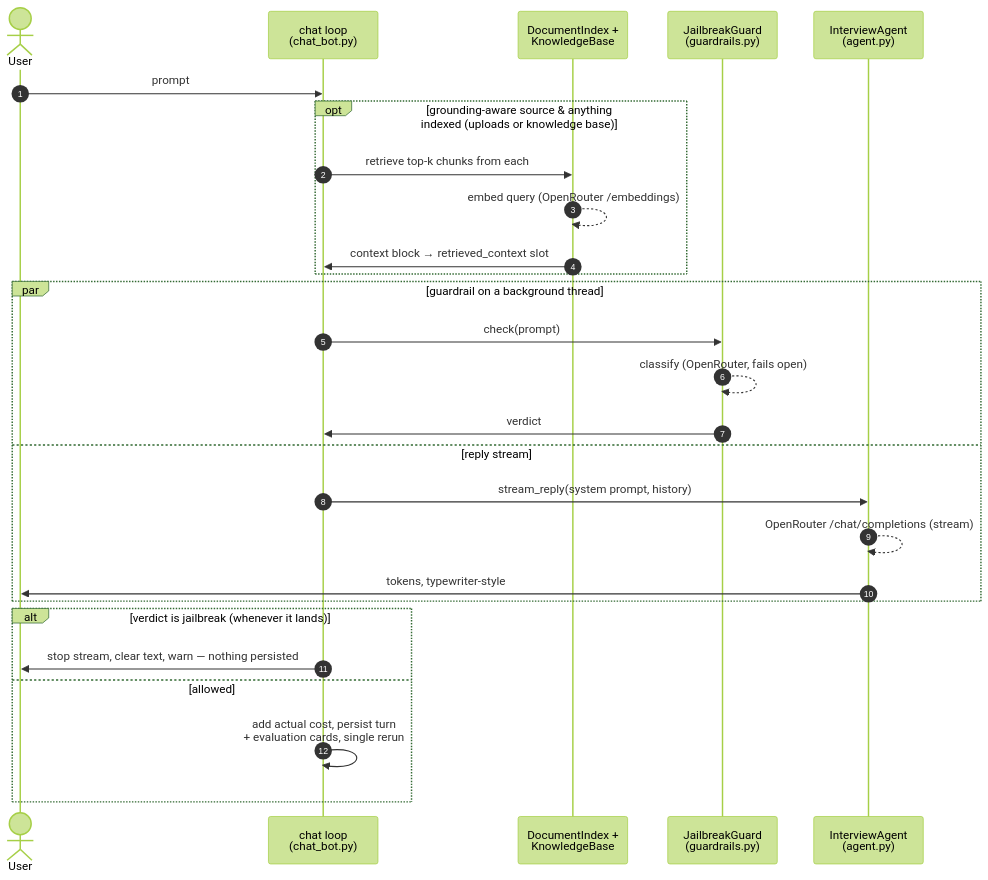
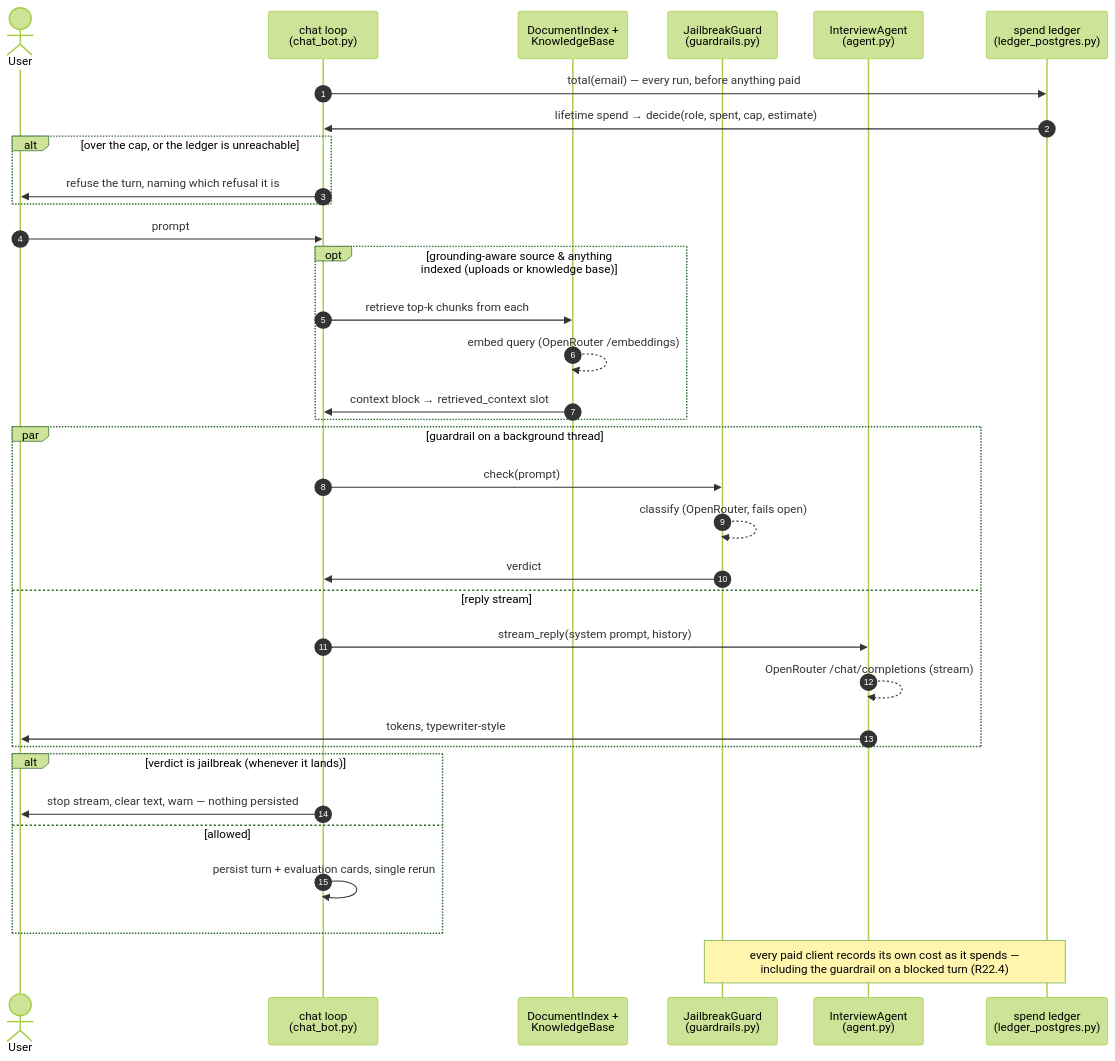
The first of 7 diagrams in docs/diagrams/architecture.md (DukeOfErl/interv_preper), drawn with Mermaid (forest theme) before and after one commit. The commit also changed other lines of this file and 33 other files, not shown here.

````diff
--- a/docs/diagrams/architecture.md
+++ b/docs/diagrams/architecture.md
@@ -22,30 +22,37 @@
 ```mermaid
 sequenceDiagram
     autonumber
     actor U as User
     participant CB as chat loop<br/>(chat_bot.py)
     participant R as DocumentIndex +<br/>KnowledgeBase
     participant G as JailbreakGuard<br/>(guardrails.py)
     participant L as InterviewAgent<br/>(agent.py)
+    participant LG as spend ledger<br/>(ledger_postgres.py)
 
+    CB->>LG: total(email) — every run, before anything paid
+    LG->>CB: lifetime spend → decide(role, spent, cap, estimate)
+    alt over the cap, or the ledger is unreachable
+        CB->>U: refuse the turn, naming which refusal it is
+    end
     U->>CB: prompt
     opt grounding-aware source & anything indexed (uploads or knowledge base)
         CB->>R: retrieve top-k chunks from each
         R-->>R: embed query (OpenRouter /embeddings)
         R->>CB: context block → retrieved_context slot
     end
     par guardrail on a background thread
         CB->>G: check(prompt)
         G-->>G: classify (OpenRouter, fails open)
         G->>CB: verdict
     and reply stream
         CB->>L: stream_reply(system prompt, history)
         L-->>L: OpenRouter /chat/completions (stream)
         L->>U: tokens, typewriter-style
     end
     alt verdict is jailbreak (whenever it lands)
         CB->>U: stop stream, clear text, warn — nothing persisted
     else allowed
-        CB->>CB: add actual cost, persist turn<br/>+ evaluation cards, single rerun
+        CB->>CB: persist turn + evaluation cards, single rerun
     end
+    Note over G,LG: every paid client records its own cost as it spends —<br/>including the guardrail on a blocked turn (R22.4)
 ```
````
